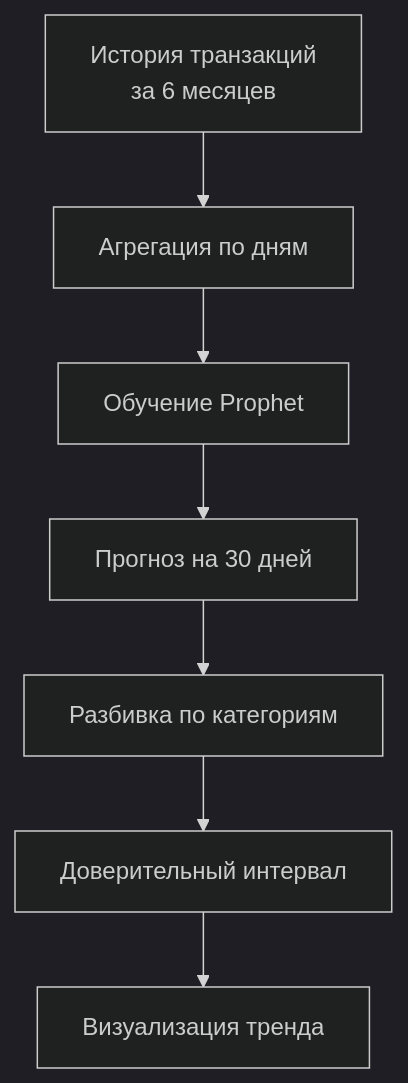
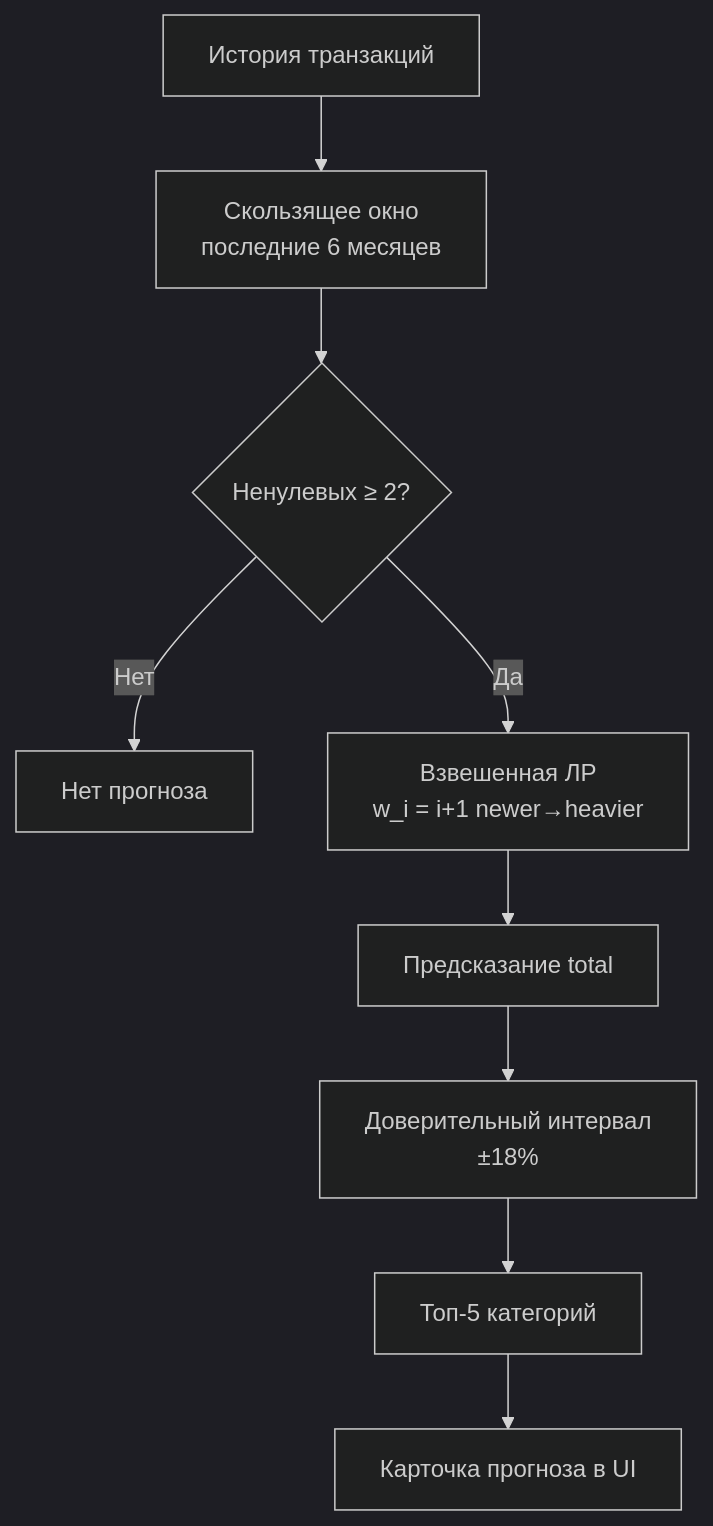
One commit to LiebeBleck/FinWise_v2 changed the ninth of 14 diagrams in README.md. Above: the diagram before and after it, drawn with Mermaid (dark theme). The commit also changed other lines of this file, not shown here.

````diff
--- a/README.md
+++ b/README.md
@@ -581,9 +583,11 @@
 ```mermaid
 flowchart TB
-    A[История транзакций<br/>за 6 месяцев] --> B[Агрегация по дням]
-    B --> C[Обучение Prophet]
-    C --> D[Прогноз на 30 дней]
-    D --> E[Разбивка по категориям]
-    E --> F[Доверительный интервал]
-    F --> G[Визуализация тренда]
+    A[История транзакций] --> B[Скользящее окно<br/>последние 6 месяцев]
+    B --> C{Ненулевых ≥ 2?}
+    C -->|Нет| D[Нет прогноза]
+    C -->|Да| E[Взвешенная ЛР<br/>w_i = i+1 newer→heavier]
+    E --> F[Предсказание total]
+    F --> G[Доверительный интервал<br/>±18%]
+    G --> H[Топ-5 категорий]
+    H --> I[Карточка прогноза в UI]
 ```
````
